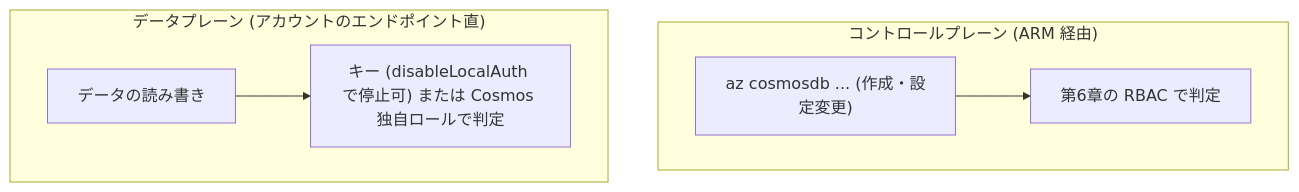
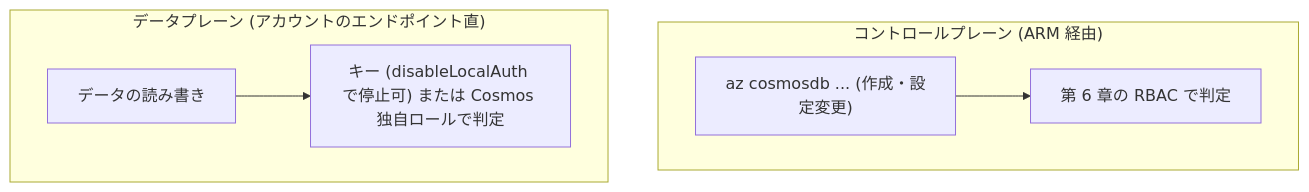
The diagram in manuscript/part4/18-cosmos-db.md (engineers-hub-ltd-in-house-project/azure-practice), drawn with Mermaid before and after one commit. The commit also changed other lines of this file and 63 other files, not shown here.

````diff
--- a/manuscript/part4/18-cosmos-db.md
+++ b/manuscript/part4/18-cosmos-db.md
@@ -33,9 +33,9 @@
 ```mermaid
 flowchart TB
   subgraph CP["コントロールプレーン (ARM 経由)"]
-    A1["az cosmosdb ... (作成・設定変更)"] --> G1["第6章の RBAC で判定"]
+    A1["az cosmosdb ... (作成・設定変更)"] --> G1["第 6 章の RBAC で判定"]
   end
   subgraph DP["データプレーン (アカウントのエンドポイント直)"]
     A2["データの読み書き"] --> G2["キー (disableLocalAuth で停止可) または Cosmos 独自ロールで判定"]
   end
 ```
````
